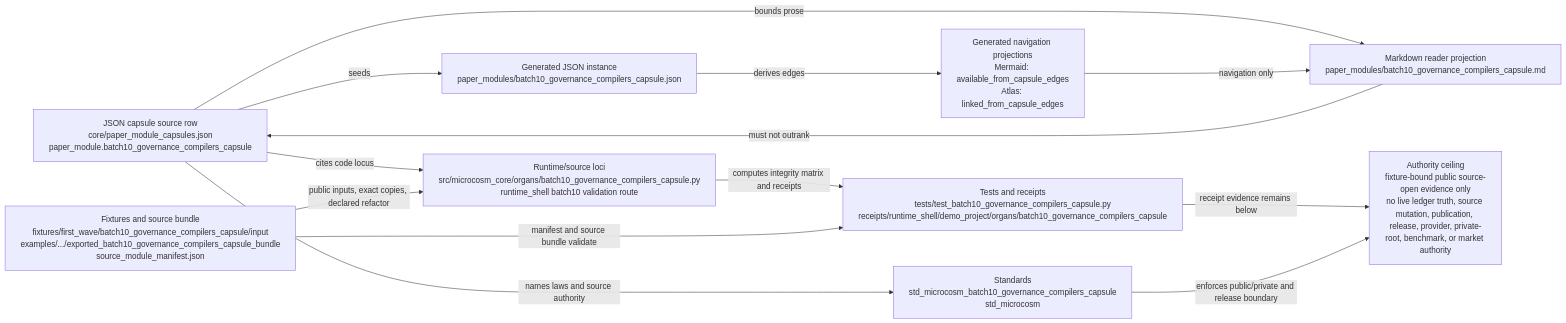
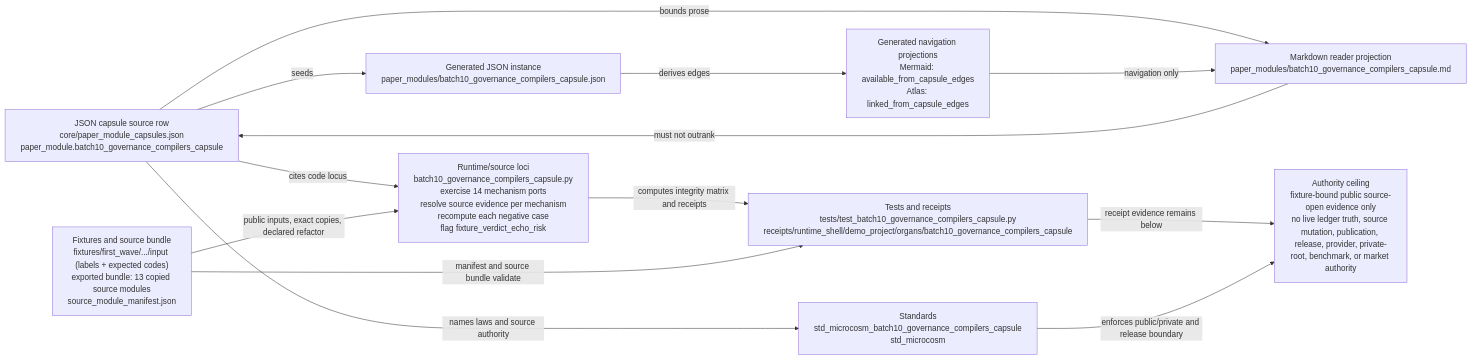
One commit to wcook04/plectis changed the diagram in paper_modules/batch10_governance_compilers_capsule.md. Above: the diagram before and after it, drawn with Mermaid. The commit also changed other lines of this file and 90 other files, not shown here.

First line of the commit message:
microcosm: enrich public paper-module prose and Shape diagrams (91 modules)

````diff
--- a/paper_modules/batch10_governance_compilers_capsule.md
+++ b/paper_modules/batch10_governance_compilers_capsule.md
@@ -48,25 +75,25 @@
 ```mermaid
 flowchart LR
   Capsule["JSON capsule source row<br/>core/paper_module_capsules.json<br/>paper_module.batch10_governance_compilers_capsule"]
   Instance["Generated JSON instance<br/>paper_modules/batch10_governance_compilers_capsule.json"]
   Markdown["Markdown reader projection<br/>paper_modules/batch10_governance_compilers_capsule.md"]
   Standard["Standards<br/>std_microcosm_batch10_governance_compilers_capsule<br/>std_microcosm"]
-  Runtime["Runtime/source loci<br/>src/microcosm_core/organs/batch10_governance_compilers_capsule.py<br/>runtime_shell batch10 validation route"]
-  Fixtures["Fixtures and source bundle<br/>fixtures/first_wave/batch10_governance_compilers_capsule/input<br/>examples/.../exported_batch10_governance_compilers_capsule_bundle<br/>source_module_manifest.json"]
+  Runtime["Runtime/source loci<br/>batch10_governance_compilers_capsule.py<br/>exercise 14 mechanism ports<br/>resolve source evidence per mechanism<br/>recompute each negative case<br/>flag fixture_verdict_echo_risk"]
+  Fixtures["Fixtures and source bundle<br/>fixtures/first_wave/.../input (labels + expected codes)<br/>exported bundle: 13 copied source modules<br/>source_module_manifest.json"]
   Tests["Tests and receipts<br/>tests/test_batch10_governance_compilers_capsule.py<br/>receipts/runtime_shell/demo_project/organs/batch10_governance_compilers_capsule"]
   Projections["Generated navigation projections<br/>Mermaid: available_from_capsule_edges<br/>Atlas: linked_from_capsule_edges"]
   Ceiling["Authority ceiling<br/>fixture-bound public source-open evidence only<br/>no live ledger truth, source mutation, publication, release, provider, private-root, benchmark, or market authority"]
 
   Capsule -->|seeds| Instance
   Capsule -->|bounds prose| Markdown
   Capsule -->|names laws and source authority| Standard
   Capsule -->|cites code locus| Runtime
   Runtime -->|computes integrity matrix and receipts| Tests
   Fixtures -->|public inputs, exact copies, declared refactor| Runtime
   Fixtures -->|manifest and source bundle validate| Tests
   Instance -->|derives edges| Projections
   Projections -->|navigation only| Markdown
   Tests -->|receipt evidence remains below| Ceiling
   Standard -->|enforces public/private and release boundary| Ceiling
   Markdown -->|must not outrank| Capsule
 ```
````
